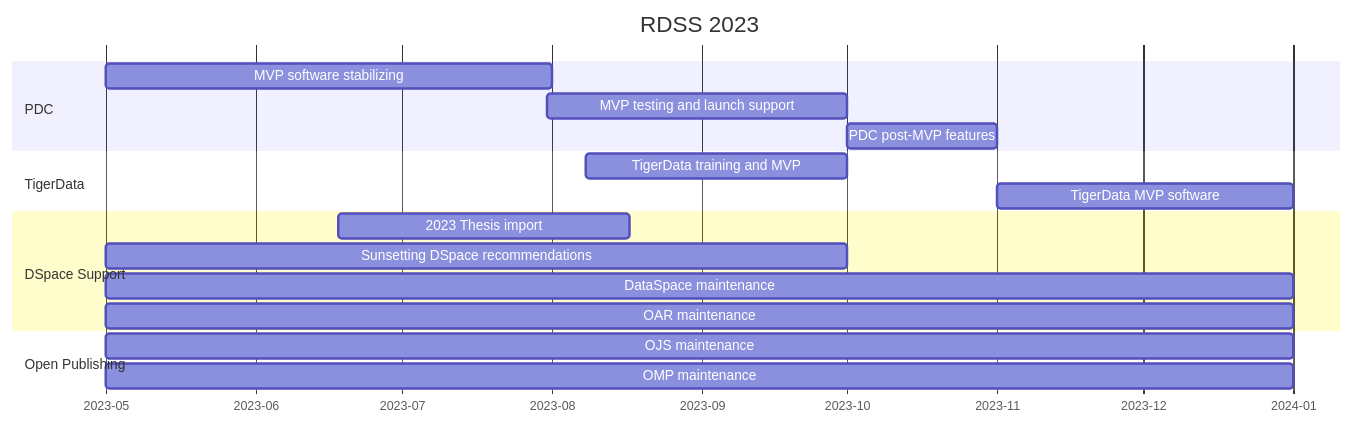
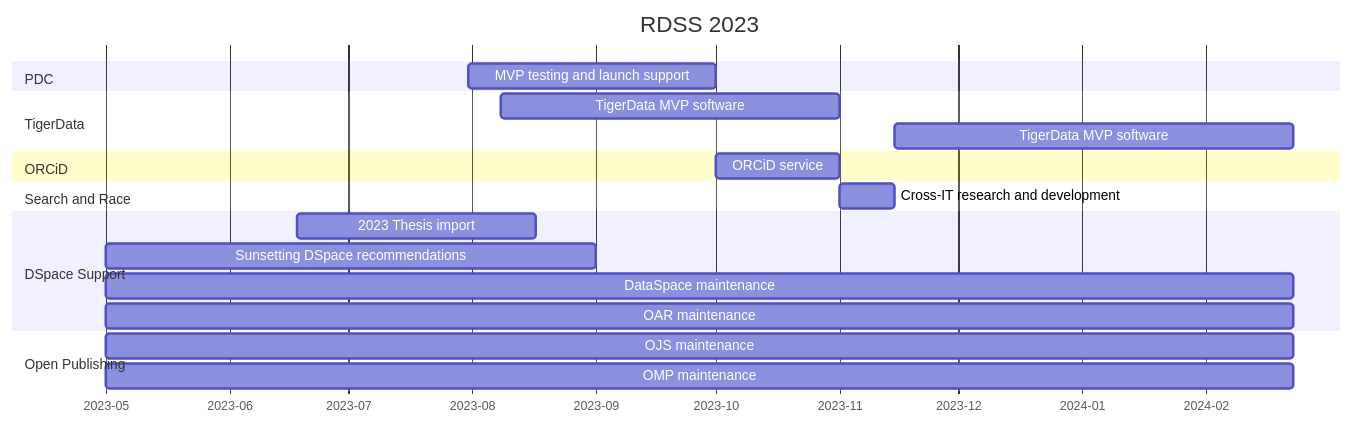
The first of 31 diagrams in roadmap.md (pulibrary/rdss-handbook), drawn with Mermaid before and after one commit.

Commit message:
Updated roadmap for end of year through Feb 2024

````diff
--- a/roadmap.md
+++ b/roadmap.md
@@ -5,21 +5,23 @@
 ```mermaid
 gantt
     title RDSS 2023
     axisFormat  %Y-%m
     dateformat YYYY-MM
     section PDC
-    MVP software stabilizing: pd1,2023-05-01, 92d
     MVP testing and launch support: pd2,2023-07-31,62d
-    PDC post-MVP features: pd3,2023-10-01,31d
     section TigerData
-    TigerData training and MVP: td1,2023-08-08,54d
-    TigerData MVP software: td2,2023-11-01,61d
+    TigerData MVP software: td1,2023-08-08,85d
+    TigerData MVP software: td2,2023-11-15,100d
+    section ORCiD
+    ORCiD service: pd3,2023-10-01,31d
+    section Search and Race
+    Cross-IT research and development: sar1,2023-11-01,14d
     section DSpace Support
     2023 Thesis import: dsp1,2023-06-18,60d
-    Sunsetting DSpace recommendations: dsp2,2023-05-01,153d
-    DataSpace maintenance: dsp3,2023-05-01,245d
-    OAR maintenance: dsp4,2023-05-01,245d
+    Sunsetting DSpace recommendations: dsp2,2023-05-01,123d
+    DataSpace maintenance: dsp3,2023-05-01,298d
+    OAR maintenance: dsp4,2023-05-01,298d
     section Open Publishing
-    OJS maintenance: op1,2023-05-01,245d
-    OMP maintenance: op2,2023-05-01,245d
+    OJS maintenance: op1,2023-05-01,298d
+    OMP maintenance: op2,2023-05-01,298d
 ```
````
